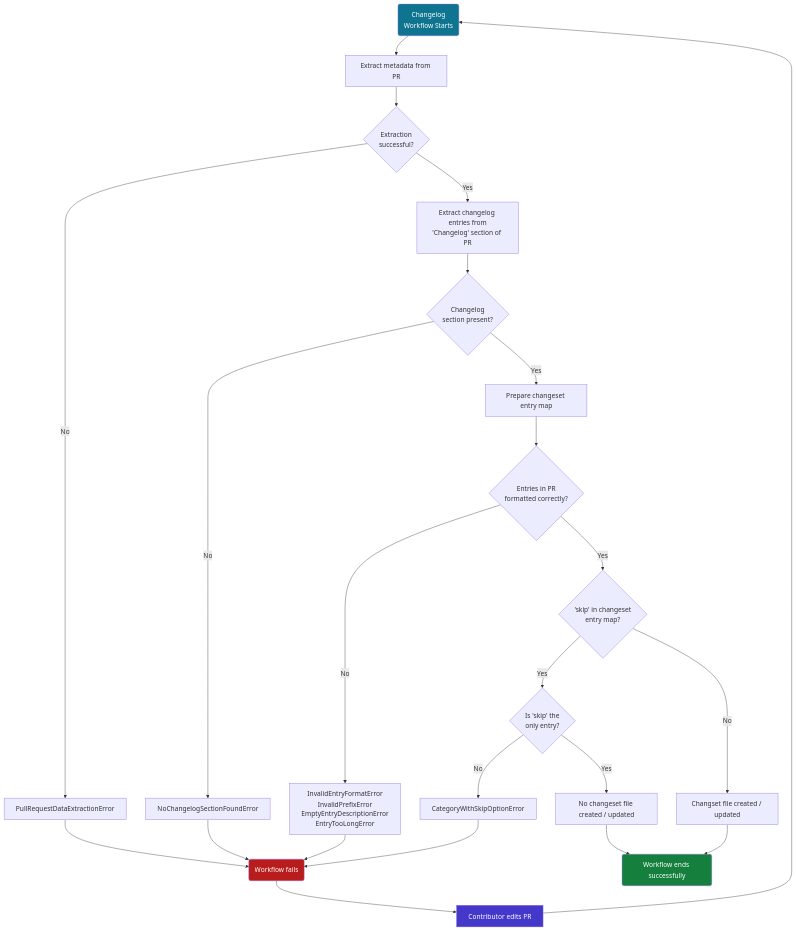
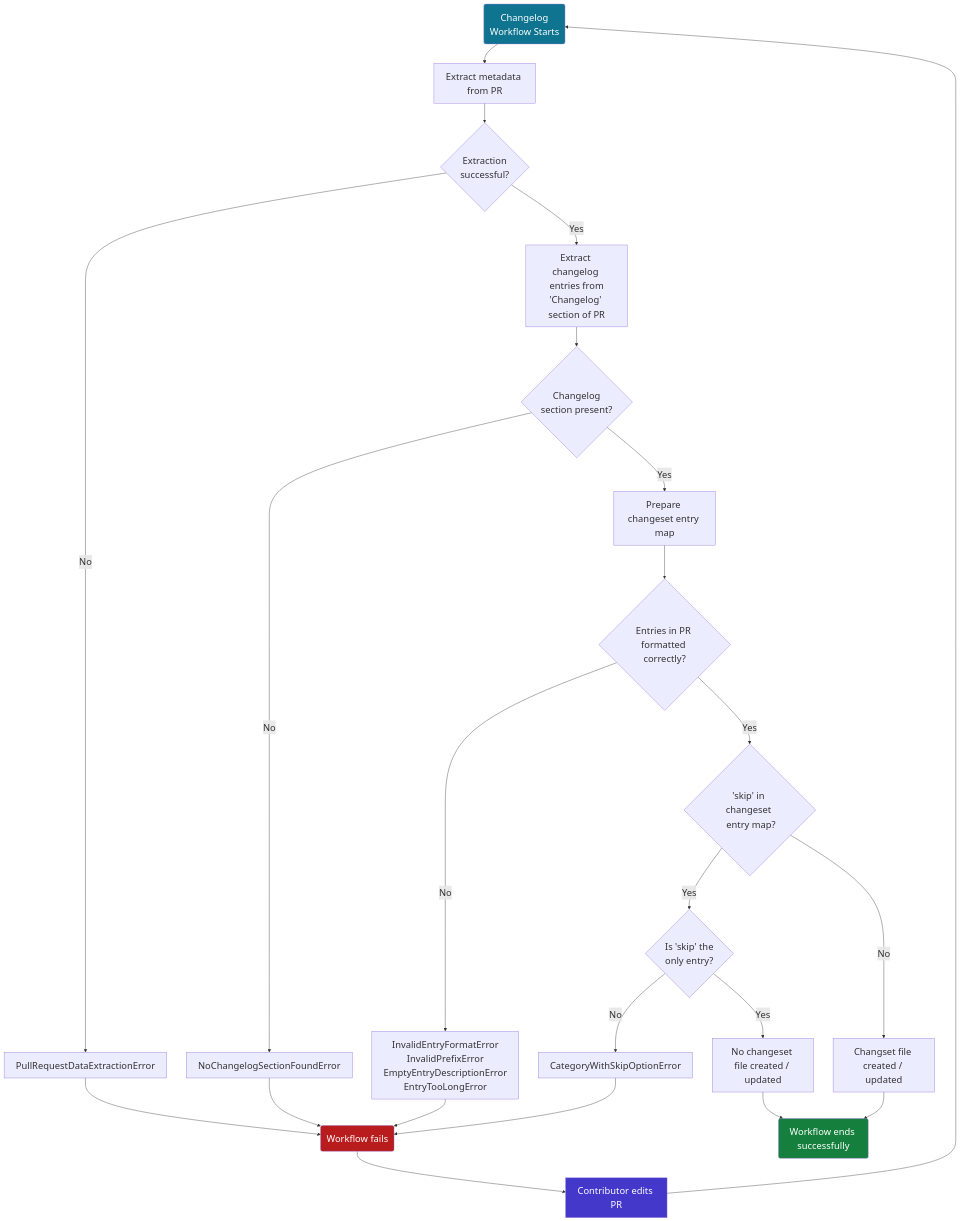
The diagram in README.md (ashwin-pc/OpenSearch_Changelog_Workflow), drawn with Mermaid before and after one commit.

Commit message:
update in mermeid flowchart

````diff
--- a/README.md
+++ b/README.md
@@ -114,32 +114,32 @@
 ```mermaid
-%%{init: {'themeVariables': { 'fontSize': '17px' }}}%%
+%%{init: {'themeVariables': { 'fontSize': '24px' }}}%%
   flowchart TD;
     A(Changelog \nWorkflow Starts) --> B[Extract metadata from PR]
     B --> C{Extraction \nsuccessful?}
     C --> |Yes| G[Extract changelog entries from\n'Changelog' section of PR]
     C --> |No| D[PullRequestDataExtractionError]
     D --> E(Workflow fails)
     E --> F[Contributor edits PR]
     F --> A
     G --> H{Changelog \nsection present?}
     H --> |Yes| J[Prepare changeset entry map]
     J --> J1{Entries in PR \nformatted correctly?}
     H --> |No| I[NoChangelogSectionFoundError]
     I --> E
     J1 --> |Yes| K{'skip' in changeset \n entry map?}
     J1 --> |No| L[InvalidEntryFormatError\nInvalidPrefixError\nEmptyEntryDescriptionError\nEntryTooLongError]
     L --> E
     K --> |Yes| M{Is 'skip' the \nonly entry?}
     K --> |No| N[Changset file created / updated]
     M --> |Yes| O[No changeset file created / updated]
     M --> |No| Q[CategoryWithSkipOptionError]
     Q --> E
     O --> P
     N --> P(Workflow ends successfully)
 
     style A fill:#0e7490,color:white
     style E fill:#b91c1c,color:white
     style F fill:#4338ca,color:white
     style P fill:#15803d,color:white
 
 ```
````
